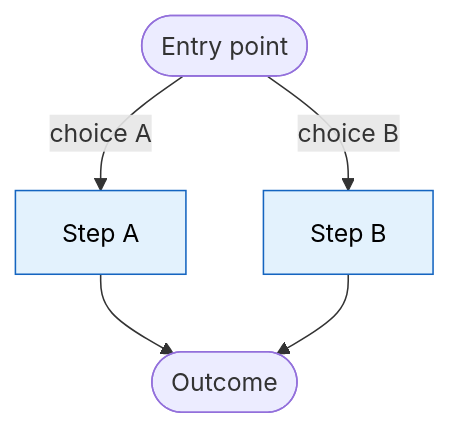
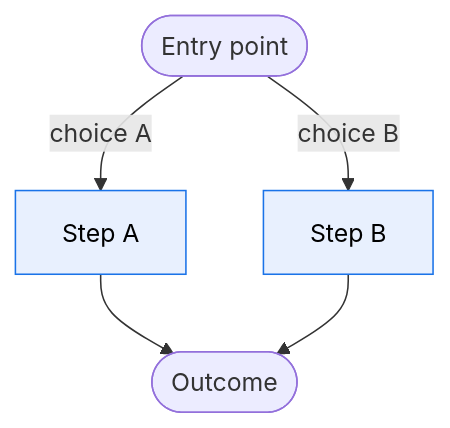
Before and after one commit to baptiste-pasquier/skills: the second of 3 diagrams in docs-taxonomy/references/templates/docs-overview.md, drawn with Mermaid. The commit also changed other lines of this file and 13 other files, not shown here.

````diff
--- a/docs-taxonomy/references/templates/docs-overview.md
+++ b/docs-taxonomy/references/templates/docs-overview.md
@@ -31,10 +31,10 @@
 ```mermaid
 flowchart TD
     start(["Entry point"]) -->|"choice A"| stepA["Step A"]
     start -->|"choice B"| stepB["Step B"]
     stepA --> done(["Outcome"])
     stepB --> done
 
-    classDef det fill:#e3f2fd,stroke:#1565c0,color:#000
-    class stepA,stepB det
+    classDef code fill:#e8f0fe,stroke:#1a73e8,color:#000
+    class stepA,stepB code
 ```
````
